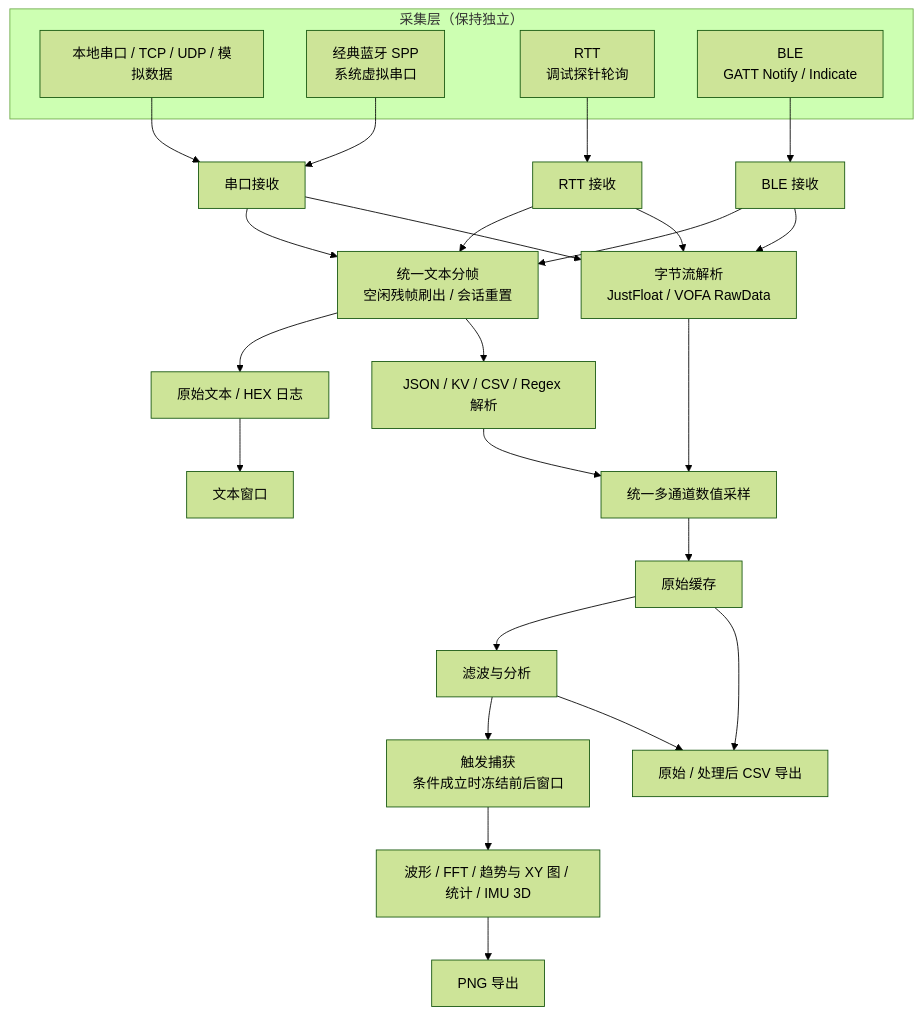
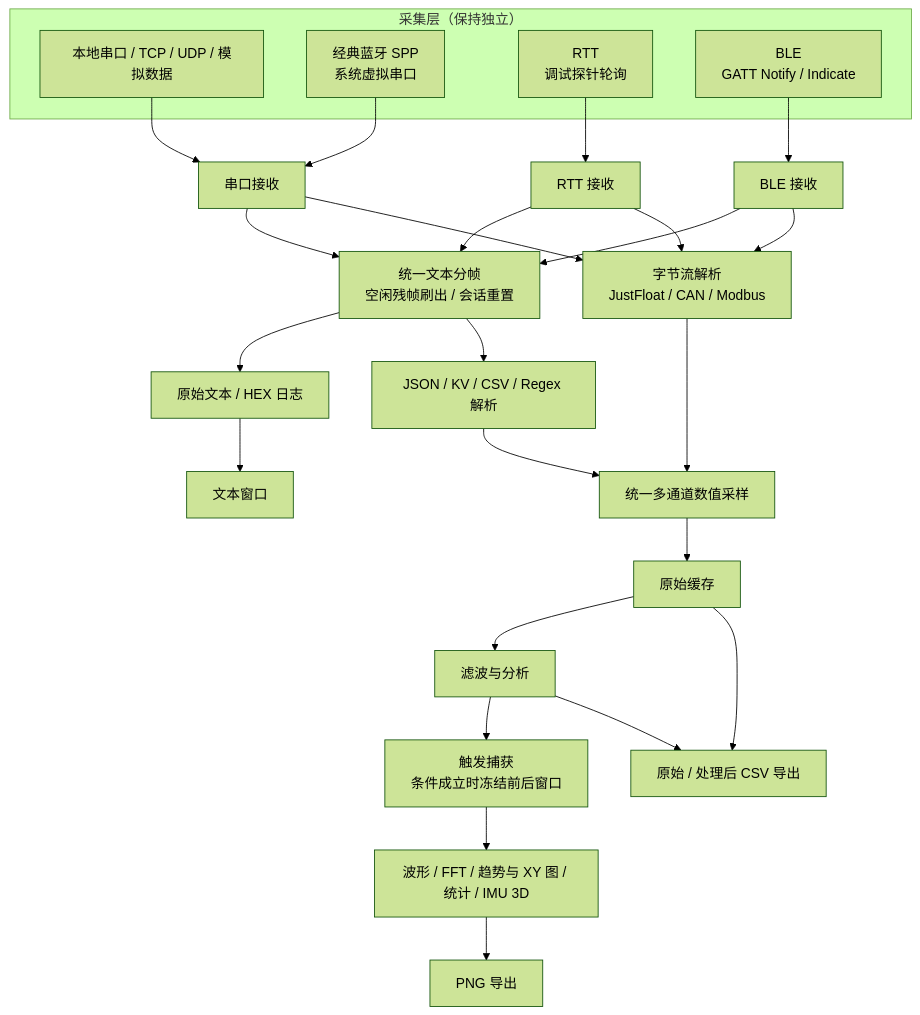
Before and after one commit to EmbeddedKitOrg/EK-OmniProbe: the diagram in README.md, drawn with Mermaid (forest theme). The commit also changed other lines of this file and 17 other files, not shown here.

````diff
--- a/README.md
+++ b/README.md
@@ -148,35 +149,35 @@
 ```mermaid
 flowchart TB
   subgraph acquisition["采集层（保持独立）"]
     SERIAL["本地串口 / TCP / UDP / 模拟数据"]
     SPP["经典蓝牙 SPP<br/>系统虚拟串口"]
     RTT["RTT<br/>调试探针轮询"]
     BLE["BLE<br/>GATT Notify / Indicate"]
   end
 
   SERIAL --> SERIAL_RX["串口接收"]
   SPP --> SERIAL_RX
   RTT --> RTT_RX["RTT 接收"]
   BLE --> BLE_RX["BLE 接收"]
 
   SERIAL_RX --> FRAME["统一文本分帧<br/>空闲残帧刷出 / 会话重置"]
   RTT_RX --> FRAME
   BLE_RX --> FRAME
 
   FRAME --> LOG["原始文本 / HEX 日志"]
   LOG --> TEXT_VIEW["文本窗口"]
   FRAME --> PARSE["JSON / KV / CSV / Regex 解析"]
-  SERIAL_RX --> BYTES["字节流解析<br/>JustFloat / VOFA RawData"]
+  SERIAL_RX --> BYTES["字节流解析<br/>JustFloat / CAN / Modbus"]
   RTT_RX --> BYTES
   BLE_RX --> BYTES
 
   PARSE --> SAMPLE["统一多通道数值采样"]
   BYTES --> SAMPLE
   SAMPLE --> RAW["原始缓存"]
   RAW --> PROCESS["滤波与分析"]
   PROCESS --> TRIGGER["触发捕获<br/>条件成立时冻结前后窗口"]
   TRIGGER --> DISPLAY["波形 / FFT / 趋势与 XY 图 / 统计 / IMU 3D"]
   RAW --> CSV["原始 / 处理后 CSV 导出"]
   PROCESS --> CSV
   DISPLAY --> PNG["PNG 导出"]
 ```
````
